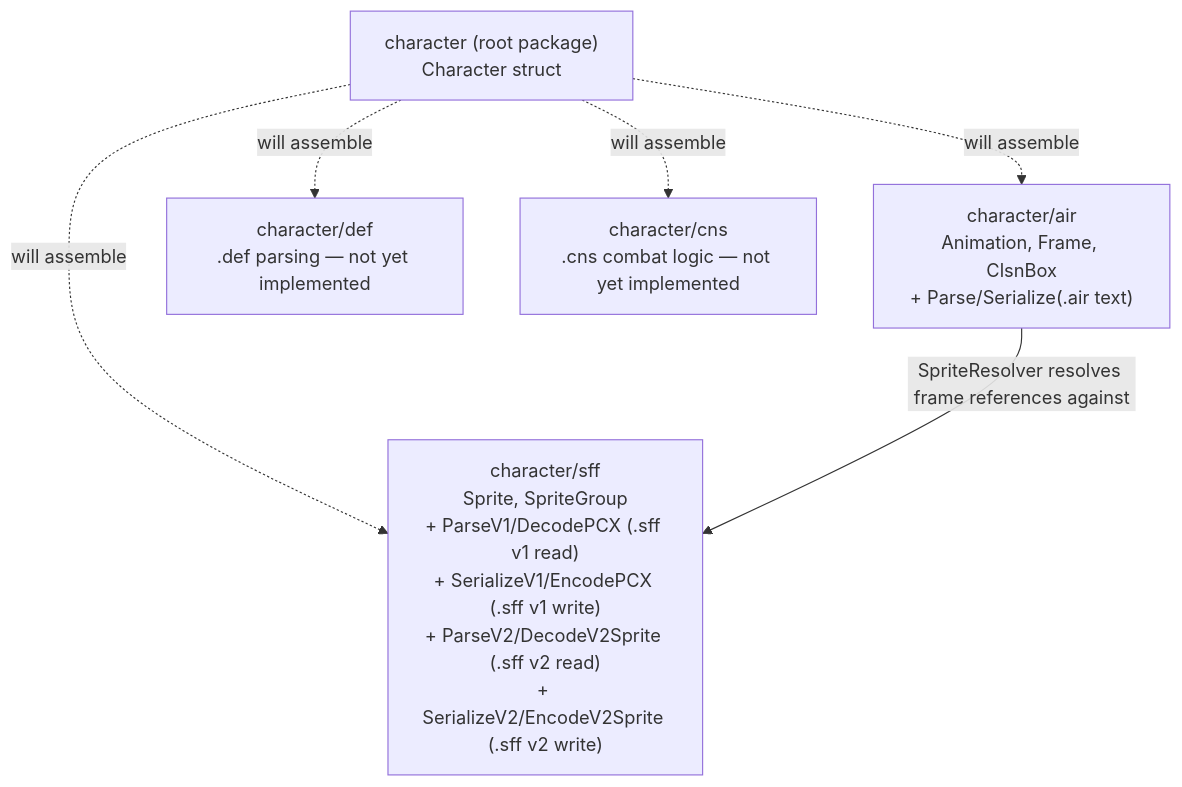
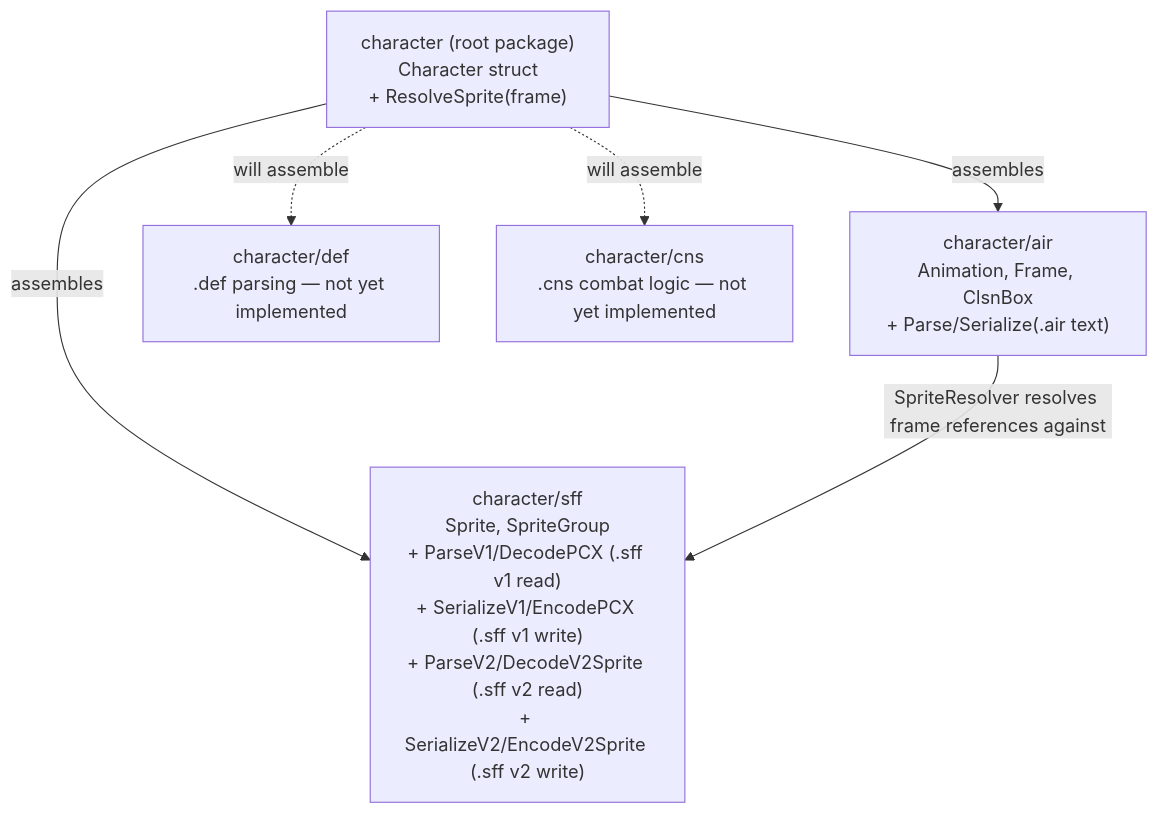
Before and after one commit to openkakutou/character: the diagram in docs/architecture.md, drawn with Mermaid. The commit also changed other lines of this file and 9 other files, not shown here.

Commit message:
feat: a character's animations and sprites can now be assembled into a single Character, matching each animation frame to its actual sprite image directly from that character

````diff
--- a/docs/architecture.md
+++ b/docs/architecture.md
@@ -11,14 +11,14 @@
 ```mermaid
 graph TD
-    root["character (root package)<br/>Character struct"]
+    root["character (root package)<br/>Character struct<br/>+ ResolveSprite(frame)"]
     air["character/air<br/>Animation, Frame, ClsnBox<br/>+ Parse/Serialize(.air text)"]
     def["character/def<br/>.def parsing — not yet implemented"]
     sff["character/sff<br/>Sprite, SpriteGroup<br/>+ ParseV1/DecodePCX (.sff v1 read)<br/>+ SerializeV1/EncodePCX (.sff v1 write)<br/>+ ParseV2/DecodeV2Sprite (.sff v2 read)<br/>+ SerializeV2/EncodeV2Sprite (.sff v2 write)"]
     cns["character/cns<br/>.cns combat logic — not yet implemented"]
 
-    root -.->|will assemble| air
+    root -->|assembles| air
     root -.->|will assemble| def
-    root -.->|will assemble| sff
+    root -->|assembles| sff
     root -.->|will assemble| cns
     air -->|SpriteResolver resolves frame references against| sff
 ```
````
